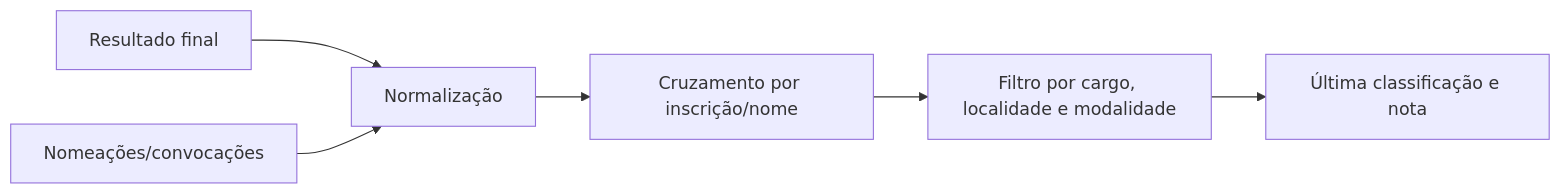
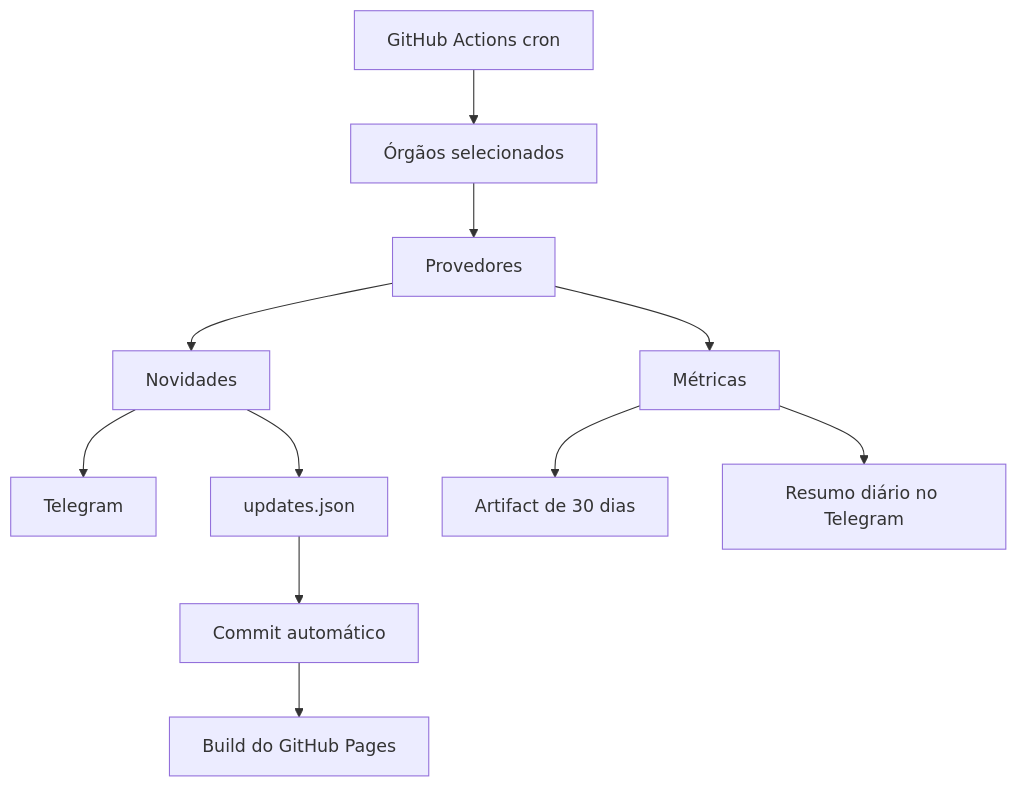
The third of 3 diagrams in documentation/architecture.md (osmarrcs/radar-concursos-ti), drawn with Mermaid before and after one commit. The commit also changed other lines of this file and 35 other files, not shown here.

````diff
--- a/documentation/architecture.md
+++ b/documentation/architecture.md
@@ -46,8 +42,13 @@
 ```mermaid
-flowchart LR
-  RF[Resultado final] --> N[Normalização]
-  NM[Nomeações/convocações] --> N
-  N --> C[Cruzamento por inscrição/nome]
-  C --> Q[Filtro por cargo, localidade e modalidade]
-  Q --> L[Última classificação e nota]
+flowchart TD
+    C[GitHub Actions cron] --> S[Órgãos selecionados]
+    S --> P[Provedores]
+    P --> M[Métricas]
+    P --> N[Novidades]
+    N --> T[Telegram]
+    N --> U[updates.json]
+    U --> G[Commit automático]
+    G --> B[Build do GitHub Pages]
+    M --> R[Artifact de 30 dias]
+    M --> D[Resumo diário no Telegram]
 ```
````
